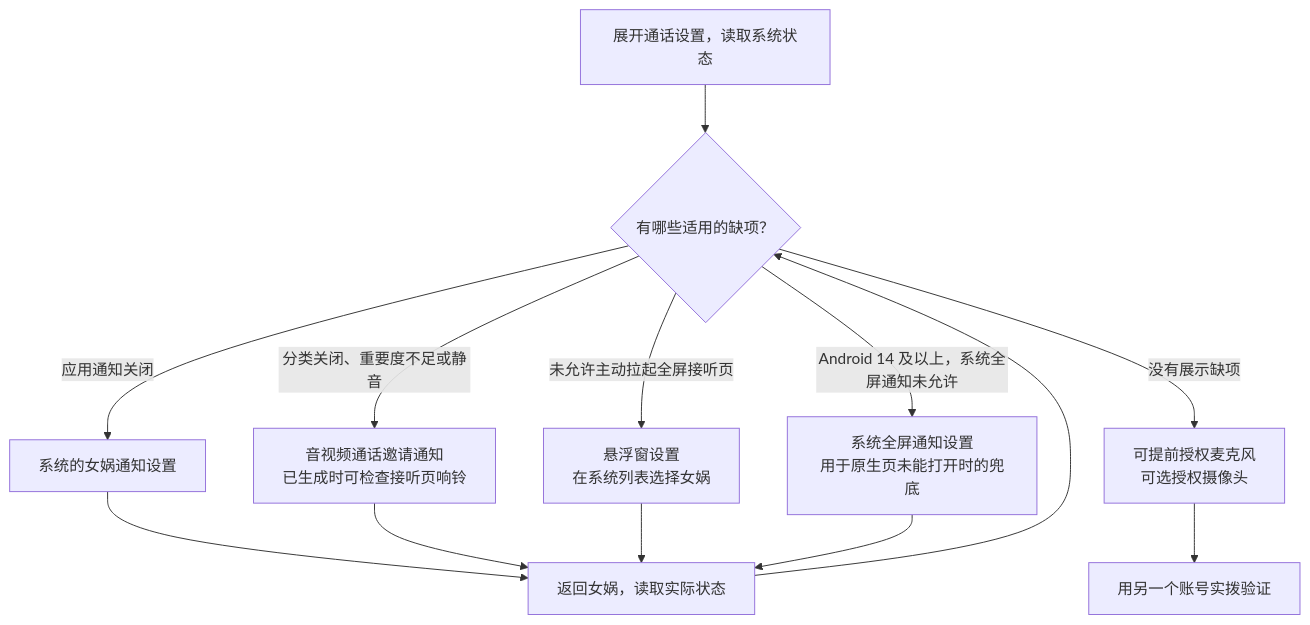
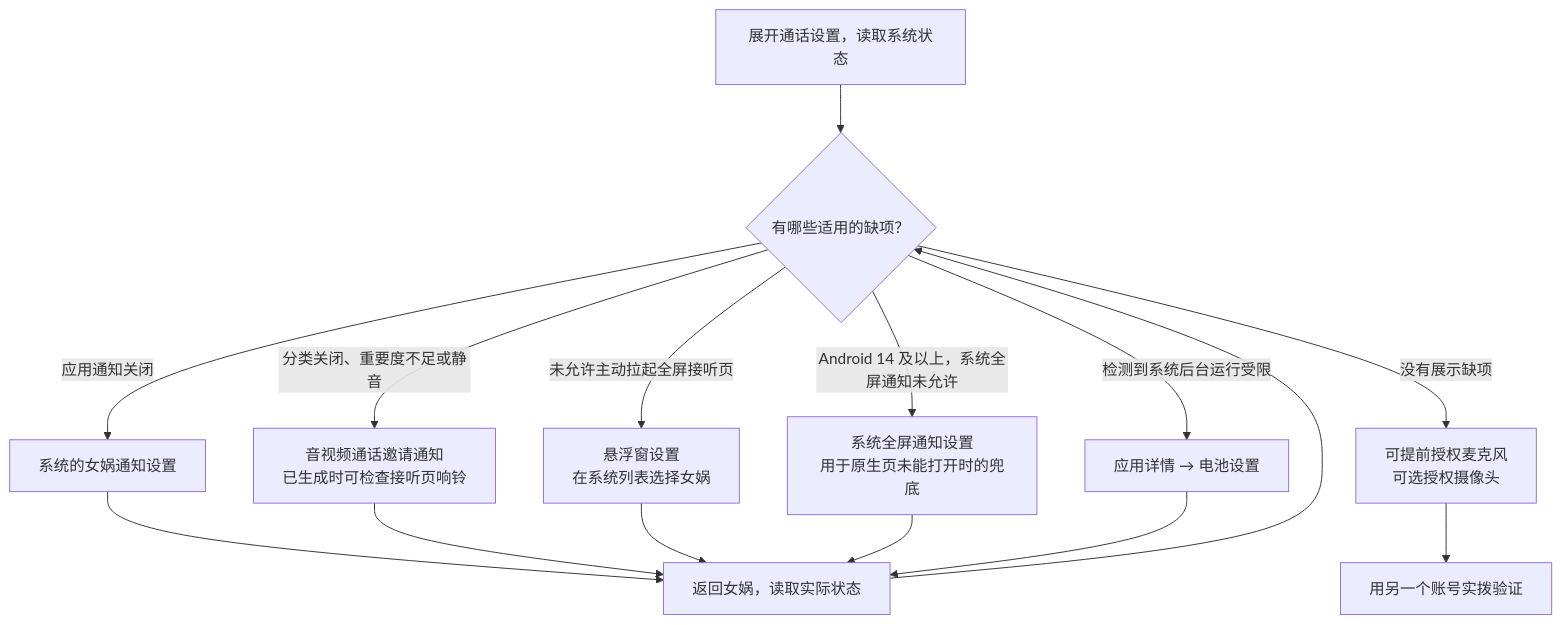
Before and after one commit to nuwax-ai/nuwax-mobile: the third of 7 diagrams in docs/engineering/voip-permission-qa-flow.md, drawn with Mermaid. The commit also changed other lines of this file and 15 other files, not shown here.

````diff
--- a/docs/engineering/voip-permission-qa-flow.md
+++ b/docs/engineering/voip-permission-qa-flow.md
@@ -43,15 +44,17 @@
 ```mermaid
 flowchart TD
     A["展开通话设置，读取系统状态"] --> B{"有哪些适用的缺项？"}
     B -->|应用通知关闭| C["系统的女娲通知设置"]
     B -->|分类关闭、重要度不足或静音| D["音视频通话邀请通知<br/>已生成时可检查接听页响铃"]
     B -->|未允许主动拉起全屏接听页| E["悬浮窗设置<br/>在系统列表选择女娲"]
     B -->|Android 14 及以上，系统全屏通知未允许| F["系统全屏通知设置<br/>用于原生页未能打开时的兜底"]
+    B -->|检测到系统后台运行受限| P["应用详情 → 电池设置"]
     B -->|没有展示缺项| G["可提前授权麦克风<br/>可选授权摄像头"]
     C --> R["返回女娲，读取实际状态"]
     D --> R
     E --> R
     F --> R
+    P --> R
     R --> B
     G --> T["用另一个账号实拨验证"]
 ```
````
